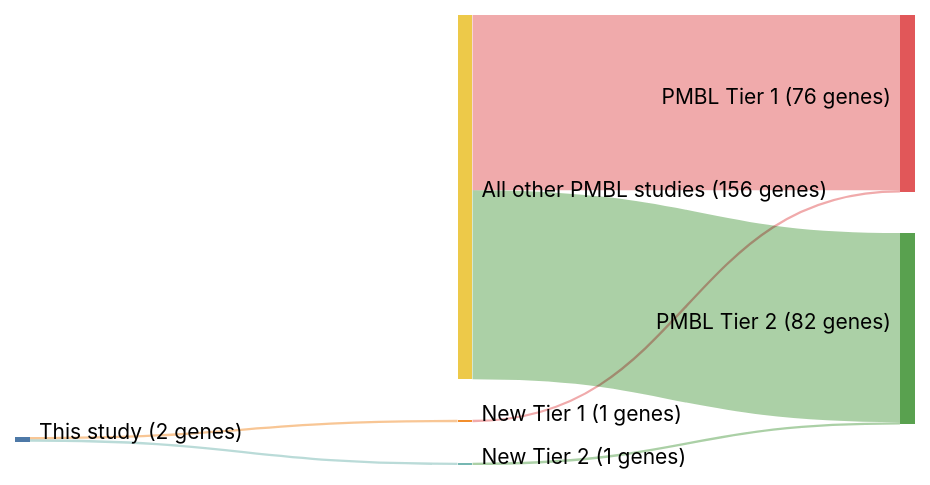
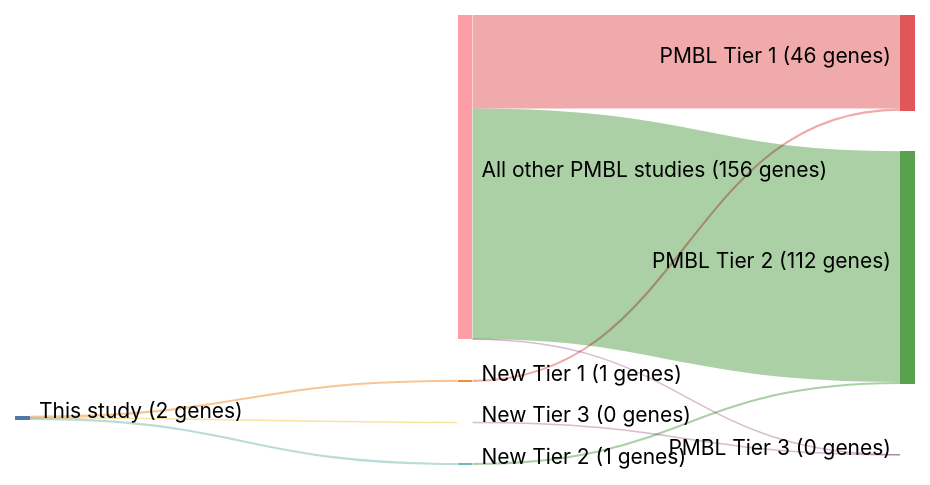
The diagram in papers/wenigerMutationsTumorSuppressor2006.md (morinlab/lymphopedia), drawn with Mermaid (neutral theme) before and after one commit. The commit also changed other lines of this file and 81 other files, not shown here.

````diff
--- a/papers/wenigerMutationsTumorSuppressor2006.md
+++ b/papers/wenigerMutationsTumorSuppressor2006.md
@@ -12,20 +12,23 @@
 ```mermaid
 ---
 config:
     sankey:
         showValues: true
         linkColor: target
         width: 600
         height: 300
         nodeAlignment: right
         prefix: '('
         suffix: ' genes)'
 ---
 sankey-beta
 This study, New Tier 1, 1
 New Tier 1, PMBL Tier 1, 1
 This study, New Tier 2, 1
 New Tier 2, PMBL Tier 2, 1
-All other PMBL studies, PMBL Tier 1, 75
-All other PMBL studies, PMBL Tier 2, 81
+This study, New Tier 3, 0
+New Tier 3, PMBL Tier 3, 0
+All other PMBL studies, PMBL Tier 1, 45
+All other PMBL studies, PMBL Tier 2, 111
+All other PMBL studies, PMBL Tier 3, 0
 ```
````
